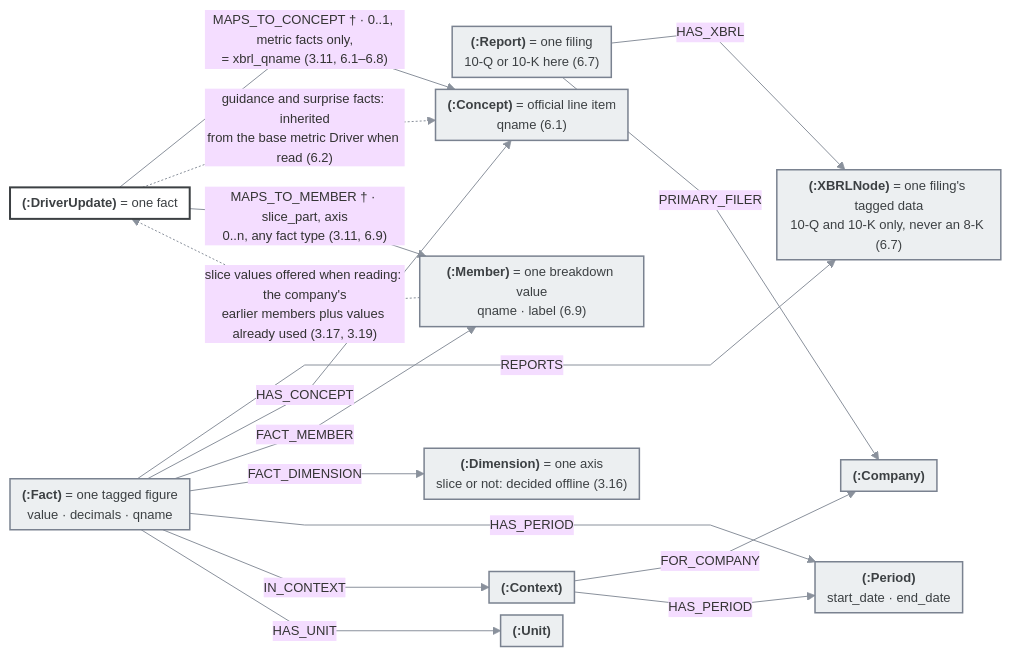
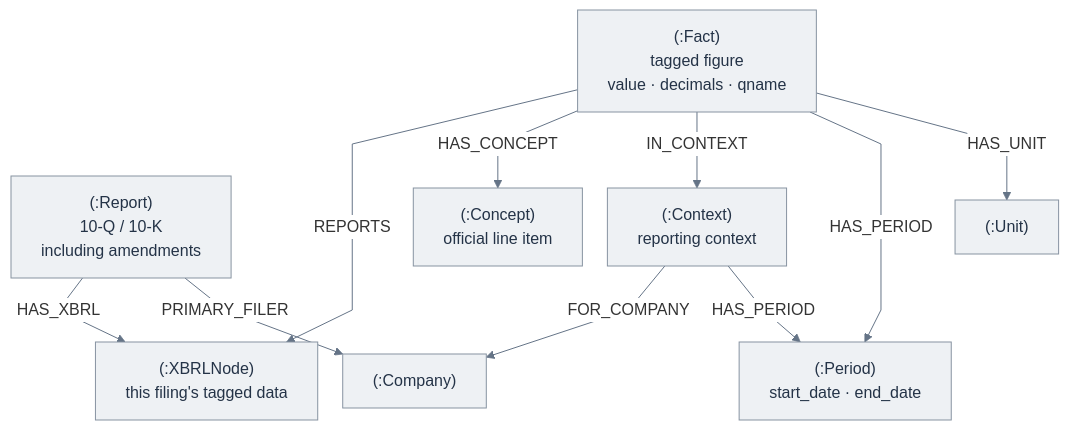
One commit to faisalanjum/EventTrader changed diagram 13 of 15 in .claude/plans/Drivers/DriversFinal/DRIVER_RULES.md. Above: the diagram before and after it, drawn with Mermaid. The commit also changed other lines of this file and 1 other file, not shown here.

Commit message:
docs: add concise Driver visuals and discrepancy review

````diff
--- a/.claude/plans/Drivers/DriversFinal/DRIVER_RULES.md
+++ b/.claude/plans/Drivers/DriversFinal/DRIVER_RULES.md
@@ -147,36 +310,23 @@
 ```mermaid
-%%{init: {"theme": "base", "flowchart": {"curve": "linear", "nodeSpacing": 12, "rankSpacing": 30, "padding": 6, "htmlLabels": true}, "themeVariables": {"fontFamily": "Arial", "fontSize": "13px", "lineColor": "#8a919c"}}}%%
-flowchart LR
-    DU["<b>(:DriverUpdate)</b> = one fact"]
-    RP["<b>(:Report)</b> = one filing<br/>10-Q or 10-K here (6.7)"]
-    CO["<b>(:Company)</b>"]
-    XN["<b>(:XBRLNode)</b> = one filing's tagged data<br/>10-Q and 10-K only, never an 8-K (6.7)"]
-    XF["<b>(:Fact)</b> = one tagged figure<br/>value · decimals · qname"]
-    CN["<b>(:Concept)</b> = official line item<br/>qname (6.1)"]
-    MB["<b>(:Member)</b> = one breakdown value<br/>qname · label (6.9)"]
-    DM["<b>(:Dimension)</b> = one axis<br/>slice or not: decided offline (3.16)"]
-    XP["<b>(:Period)</b><br/>start_date · end_date"]
-    CX["<b>(:Context)</b>"]
-    UN["<b>(:Unit)</b>"]
-
-    DU -->|"MAPS_TO_CONCEPT † · 0..1, metric facts only,<br/>= xbrl_qname (3.11, 6.1–6.8)"| CN
-    DU -.->|"guidance and surprise facts: inherited<br/>from the base metric Driver when read (6.2)"| CN
-    DU -->|"MAPS_TO_MEMBER † · slice_part, axis<br/>0..n, any fact type (3.11, 6.9)"| MB
-    MB -.->|"slice values offered when reading: the company's<br/>earlier members plus values already used (3.17, 3.19)"| DU
-    RP -->|"HAS_XBRL"| XN
-    RP -->|"PRIMARY_FILER"| CO
-    XF -->|"REPORTS"| XN
-    XF -->|"HAS_CONCEPT"| CN
-    XF -->|"FACT_MEMBER"| MB
-    XF -->|"FACT_DIMENSION"| DM
-    XF -->|"HAS_PERIOD"| XP
-    XF -->|"IN_CONTEXT"| CX
-    XF -->|"HAS_UNIT"| UN
-    CX -->|"FOR_COMPANY"| CO
-    CX -->|"HAS_PERIOD"| XP
-
-    classDef fact fill:#ffffff,stroke:#3c4043,stroke-width:2px,color:#3c4043
-    classDef old fill:#eceff1,stroke:#7a8290,stroke-width:1.5px,color:#3c4043
-    class DU fact
-    class RP,CO,XN,XF,CN,MB,DM,XP,CX,UN old
+%%{init: {"theme":"base","flowchart":{"curve":"linear","nodeSpacing":25,"rankSpacing":40,"htmlLabels":true},"themeVariables":{"fontFamily":"Arial","fontSize":"16px","lineColor":"#657487","edgeLabelBackground":"#ffffff"}}}%%
+flowchart TB
+    report["(:Report)<br/>10-Q / 10-K<br/>including amendments"]
+    tagged["(:XBRLNode)<br/>this filing's tagged data"]
+    figure["(:Fact)<br/>tagged figure<br/>value · decimals · qname"]
+    concept["(:Concept)<br/>official line item"]
+    context["(:Context)<br/>reporting context"]
+    company["(:Company)"]
+    period["(:Period)<br/>start_date · end_date"]
+    unit["(:Unit)"]
+    report -->|"HAS_XBRL"| tagged
+    figure -->|"REPORTS"| tagged
+    figure -->|"HAS_CONCEPT"| concept
+    figure -->|"IN_CONTEXT"| context
+    figure -->|"HAS_PERIOD"| period
+    figure -->|"HAS_UNIT"| unit
+    report -->|"PRIMARY_FILER"| company
+    context -->|"FOR_COMPANY"| company
+    context -->|"HAS_PERIOD"| period
+    classDef existing fill:#eef1f4,stroke:#8793a1,color:#243347
+    class report,tagged,figure,concept,context,company,period,unit existing
 ```
````
